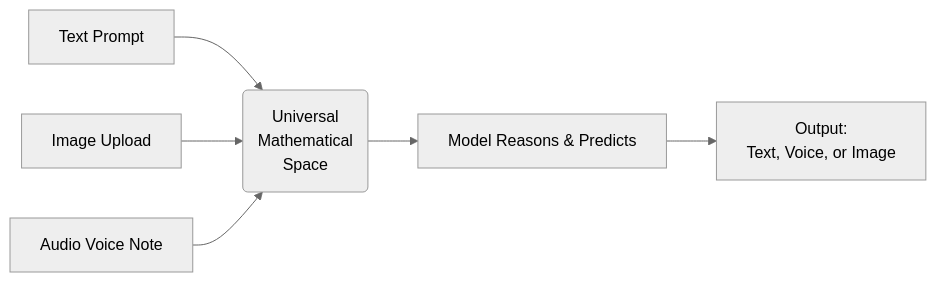
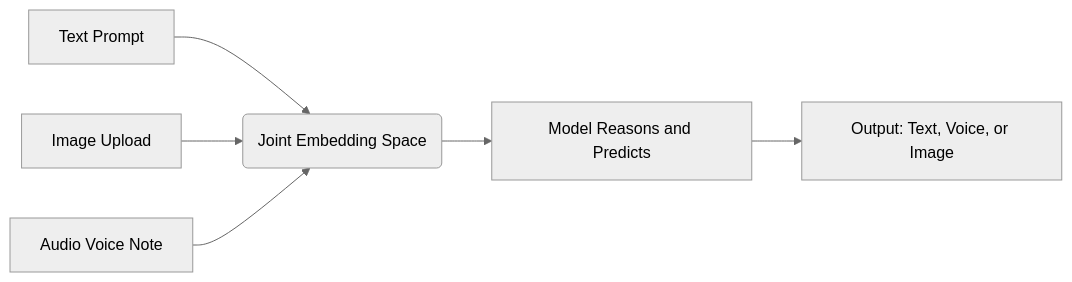
Before and after one commit to NamrataRev/AI_academy: the diagram in Week4/3.Multimodal AI.md, drawn with Mermaid (neutral theme). The commit also changed other lines of this file, not shown here.

Commit message:
feat: add educational documentation for Multimodal AI concepts and architecture

````diff
--- a/Week4/3.Multimodal AI.md
+++ b/Week4/3.Multimodal AI.md
@@ -40,8 +50,8 @@
 ```mermaid
 flowchart LR
-    A[Text Prompt] --> D(Universal\nMathematical\nSpace)
+    A[Text Prompt] --> D(Joint Embedding Space)
     B[Image Upload] --> D
     C[Audio Voice Note] --> D
-    D --> E[Model Reasons & Predicts]
-    E --> F[Output:\nText, Voice, or Image]
+    D --> E[Model Reasons and Predicts]
+    E --> F[Output: Text, Voice, or Image]
 ```
````
